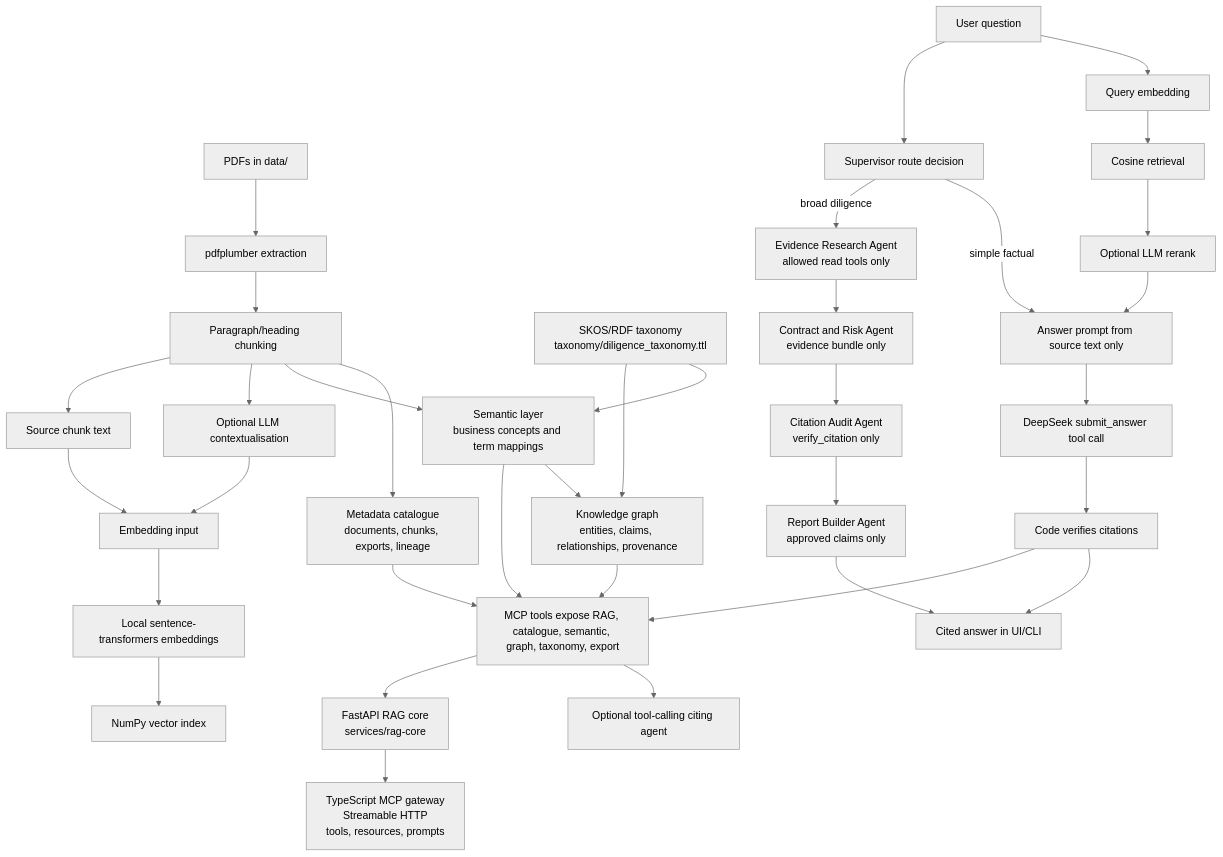
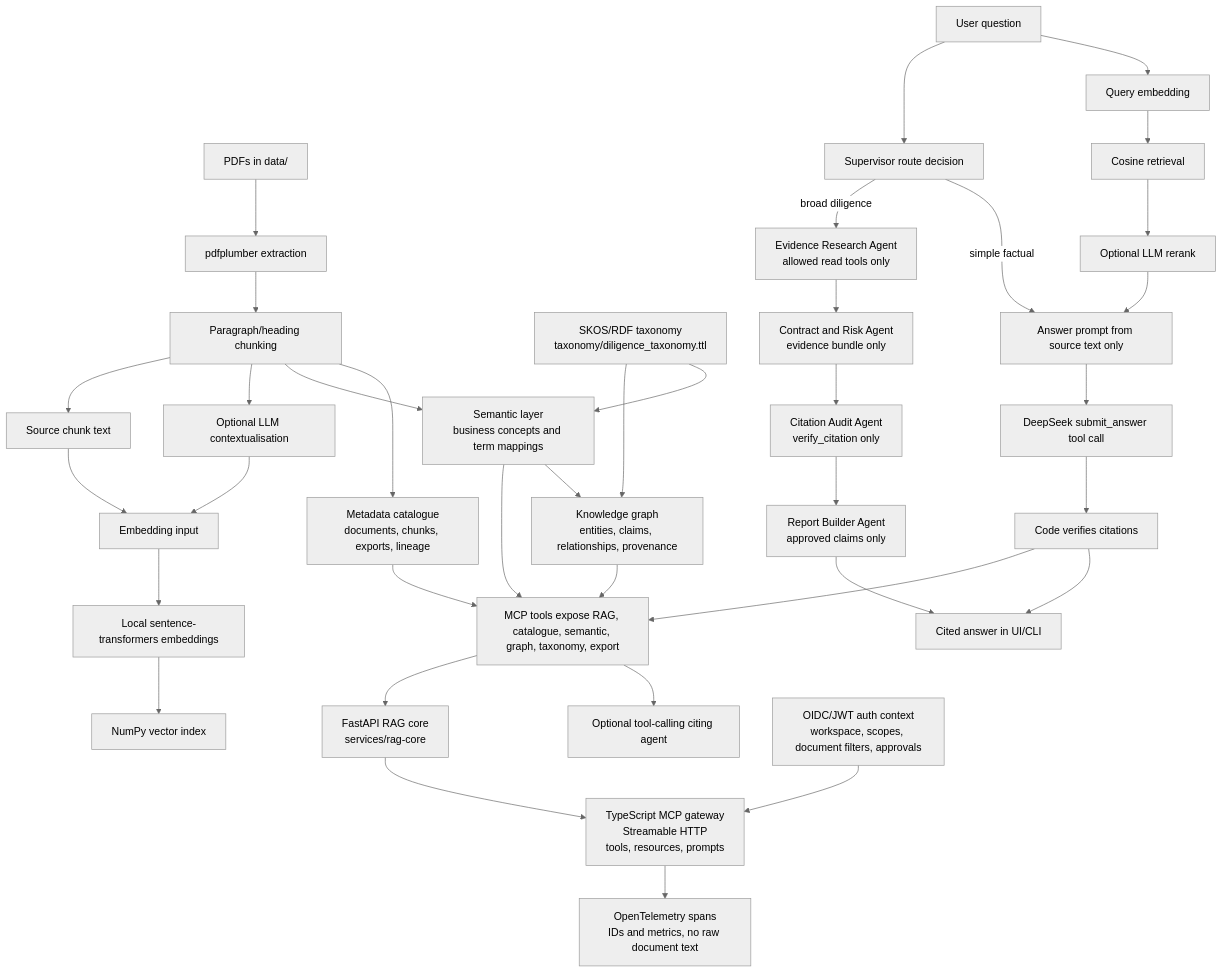
Before and after one commit to Lingtronics/data-room-cited: the diagram in README.md, drawn with Mermaid (neutral theme). The commit also changed other lines of this file and 37 other files, not shown here.

````diff
--- a/README.md
+++ b/README.md
@@ -180,39 +212,41 @@
 ```mermaid
 flowchart TD
     A["PDFs in data/"] --> B["pdfplumber extraction"]
     B --> C["Paragraph/heading chunking"]
     C --> CATA["Metadata catalogue<br/>documents, chunks, exports, lineage"]
     C --> SEM["Semantic layer<br/>business concepts and term mappings"]
     SEM --> KG["Knowledge graph<br/>entities, claims, relationships, provenance"]
     TAX["SKOS/RDF taxonomy<br/>taxonomy/diligence_taxonomy.ttl"] --> SEM
     TAX --> KG
     C --> D["Optional LLM contextualisation"]
     C --> E["Source chunk text"]
     D --> F["Embedding input"]
     E --> F
     F --> G["Local sentence-transformers embeddings"]
     G --> H["NumPy vector index"]
 
     I["User question"] --> J["Query embedding"]
     J --> K["Cosine retrieval"]
     K --> L["Optional LLM rerank"]
     L --> M["Answer prompt from source text only"]
     M --> N["DeepSeek submit_answer tool call"]
     N --> O["Code verifies citations"]
     O --> P["Cited answer in UI/CLI"]
     O --> Q["MCP tools expose RAG, catalogue, semantic, graph, taxonomy, export"]
     CATA --> Q
     SEM --> Q
     KG --> Q
     Q --> R["Optional tool-calling citing agent"]
     Q --> API["FastAPI RAG core<br/>services/rag-core"]
     API --> TSMCP["TypeScript MCP gateway<br/>Streamable HTTP<br/>tools, resources, prompts"]
+    AUTH["OIDC/JWT auth context<br/>workspace, scopes, document filters, approvals"] --> TSMCP
+    TSMCP --> OTEL["OpenTelemetry spans<br/>IDs and metrics, no raw document text"]
 
     I --> SUP["Supervisor route decision"]
     SUP -->|simple factual| M
     SUP -->|broad diligence| EA["Evidence Research Agent<br/>allowed read tools only"]
     EA --> RA["Contract and Risk Agent<br/>evidence bundle only"]
     RA --> CA["Citation Audit Agent<br/>verify_citation only"]
     CA --> RB["Report Builder Agent<br/>approved claims only"]
     RB --> P
 ```
````
